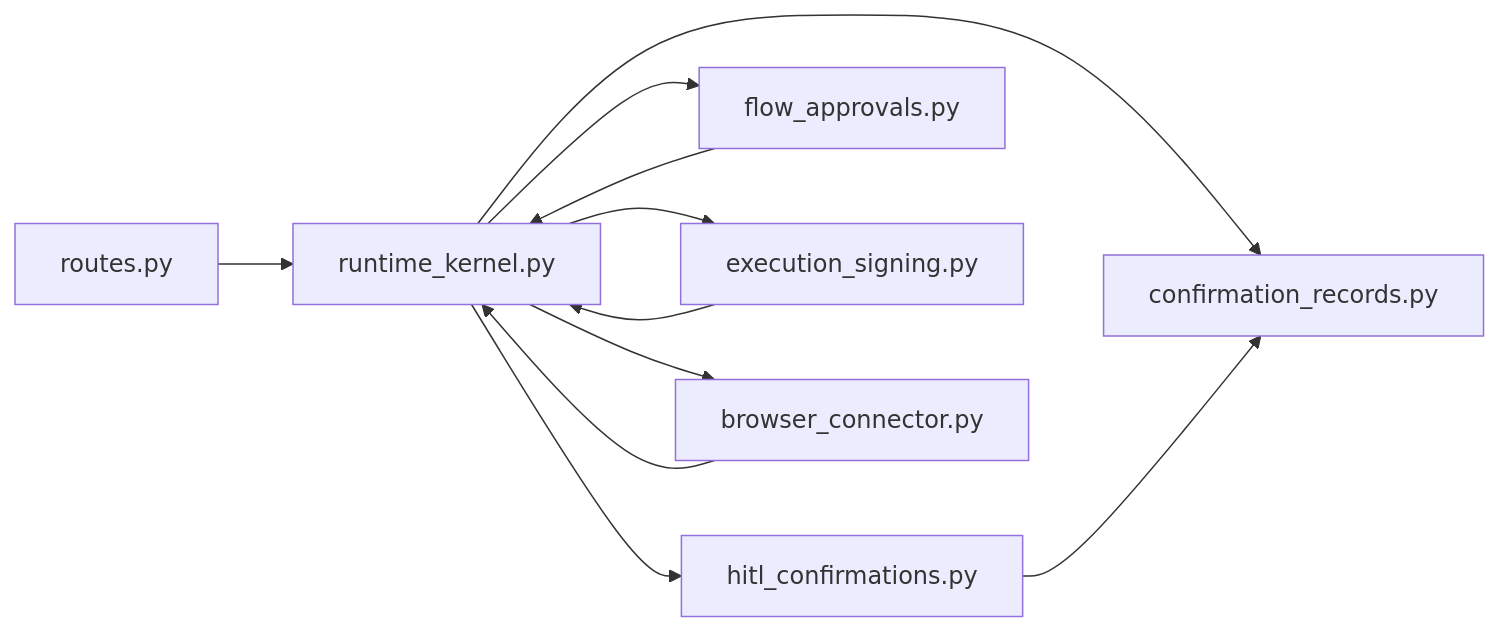
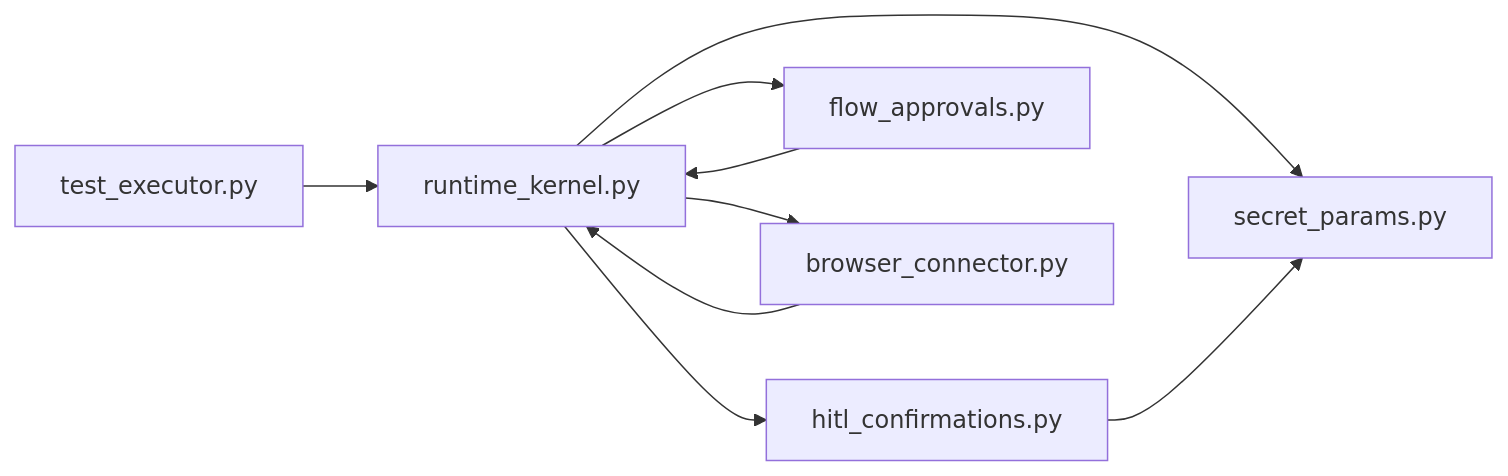
Before and after one commit to metasync/luban-aiops: the tenth of 10 diagrams in .qoder/repowiki/en/content/Architecture Documentation/SPEC-054_ Action-Level Approval and Change Request Card.md, drawn with Mermaid. The commit also changed other lines of this file and 47 other files, not shown here.

````diff
--- a/.qoder/repowiki/en/content/Architecture Documentation/SPEC-054_ Action-Level Approval and Change Request Card.md
+++ b/.qoder/repowiki/en/content/Architecture Documentation/SPEC-054_ Action-Level Approval and Change Request Card.md
@@ -368,13 +396,11 @@
 ```mermaid
 graph LR
 RK["runtime_kernel.py"] --> HC["hitl_confirmations.py"]
-RK --> CR["confirmation_records.py"]
 RK --> FA["flow_approvals.py"]
-RK --> ES["execution_signing.py"]
+RK --> SP["secret_params.py"]
 RK --> BC["browser_connector.py"]
-RT["routes.py"] --> RK
-HC --> CR
+ER["test_executor.py"] --> RK
+HC --> SP
 FA --> RK
-ES --> RK
 BC --> RK
 ```
````
